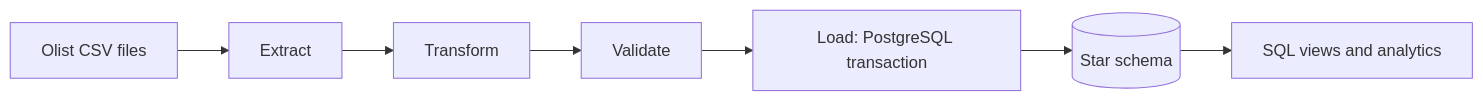
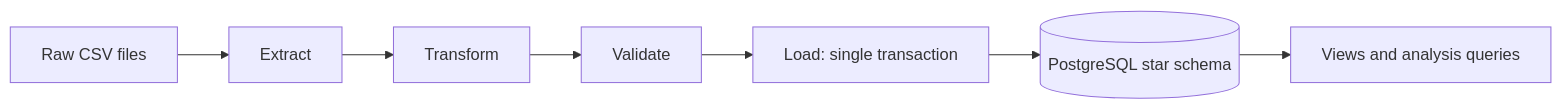
The first of 2 diagrams in README.md (abosameh522/ecommerce-data-pipeline), drawn with Mermaid before and after one commit. The commit also changed other lines of this file, not shown here.

````diff
--- a/README.md
+++ b/README.md
@@ -23,9 +19,9 @@
 ```mermaid
 flowchart LR
-    A[Olist CSV files] --> B[Extract]
+    A[Raw CSV files] --> B[Extract]
     B --> C[Transform]
     C --> D[Validate]
-    D --> E[Load: PostgreSQL transaction]
-    E --> F[(Star schema)]
-    F --> G[SQL views and analytics]
+    D --> E[Load: single transaction]
+    E --> F[(PostgreSQL star schema)]
+    F --> G[Views and analysis queries]
 ```
````
